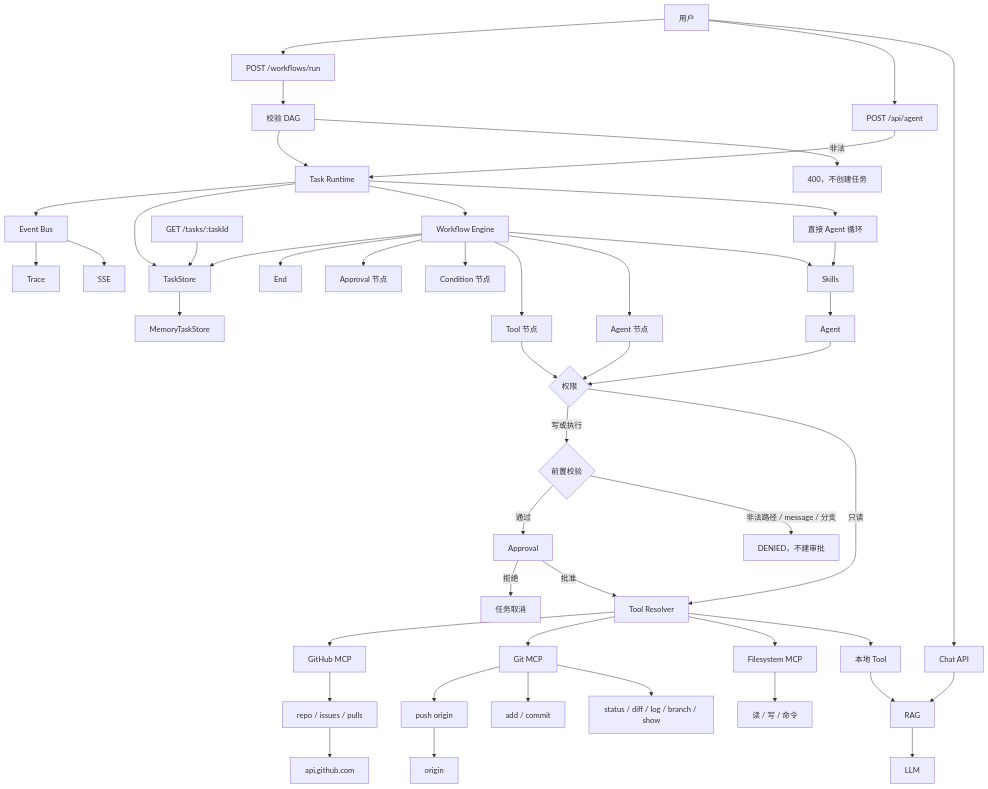
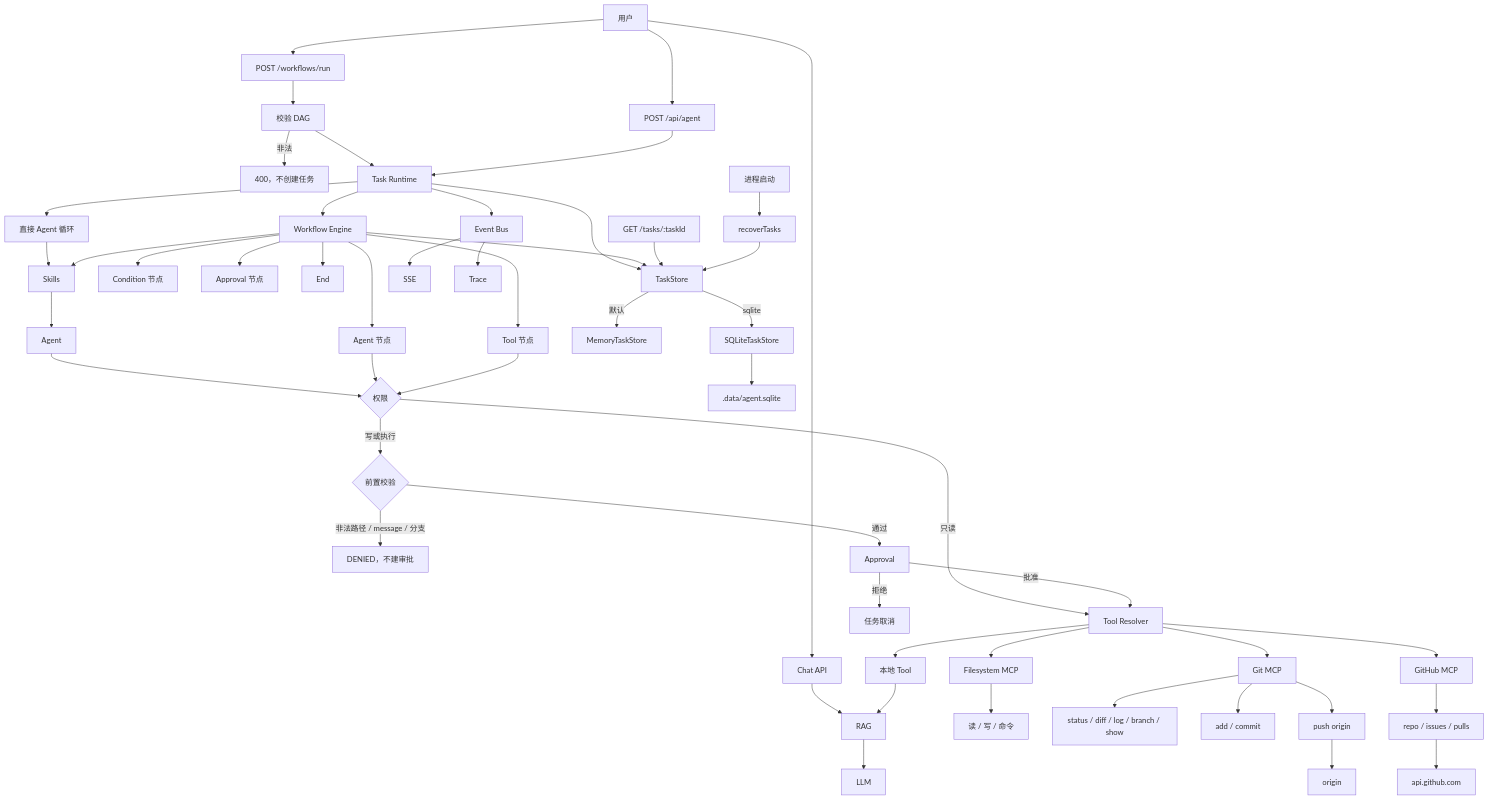
Before and after one commit to WaitingChen0117/agent-workbench: the diagram in README.md, drawn with Mermaid. The commit also changed other lines of this file and 2 other files, not shown here.

Commit message:
Add the v1.7.0 architecture as it existed when tasks could be stored in SQLite.

````diff
--- a/README.md
+++ b/README.md
@@ -23,49 +23,53 @@
 ```mermaid
 flowchart TB
   user["用户"] --> chat["Chat API"]
   user --> post["POST /api/agent"]
   user --> wf["POST /workflows/run"]
   chat --> rag["RAG"] --> llm["LLM"]
   wf --> validator["校验 DAG"]
   validator -->|非法| bad["400，不创建任务"]
   validator --> runtime["Task Runtime"]
   post --> runtime
   runtime --> direct["直接 Agent 循环"]
   runtime --> engine["Workflow Engine"]
   direct --> skills["Skills"]
   engine --> skills
   skills --> agent["Agent"]
   engine --> agentNode["Agent 节点"]
   engine --> toolNode["Tool 节点"]
   engine --> cond["Condition 节点"]
   engine --> apprNode["Approval 节点"]
   engine --> endNode["End"]
   agent --> gate{"权限"}
   agentNode --> gate
   toolNode --> gate
   gate -->|只读| resolver["Tool Resolver"]
   gate -->|写或执行| guard{"前置校验"}
   guard -->|非法路径 / message / 分支| denied["DENIED，不建审批"]
   guard -->|通过| approval["Approval"]
   approval -->|批准| resolver
   approval -->|拒绝| cancel["任务取消"]
   resolver --> local["本地 Tool"]
   resolver --> fsmcp["Filesystem MCP"]
   resolver --> gitmcp["Git MCP"]
   resolver --> ghmcp["GitHub MCP"]
   local --> rag
   fsmcp --> files["读 / 写 / 命令"]
   gitmcp --> gitRead["status / diff / log / branch / show"]
   gitmcp --> gitWrite["add / commit"]
   gitmcp --> push["push origin"]
   push --> origin["origin"]
   ghmcp --> gh["repo / issues / pulls"]
   gh --> api["api.github.com"]
   runtime --> store["TaskStore"]
   engine --> store
   getTask["GET /tasks/:taskId"] --> store
-  store --> memory["MemoryTaskStore"]
+  store -->|默认| memory["MemoryTaskStore"]
+  store -->|sqlite| sqlite["SQLiteTaskStore"]
+  sqlite --> db[".data/agent.sqlite"]
+  boot["进程启动"] --> recover["recoverTasks"]
+  recover --> store
   runtime --> bus["Event Bus"]
   bus --> sse["SSE"]
   bus --> trace["Trace"]
 ```
````
